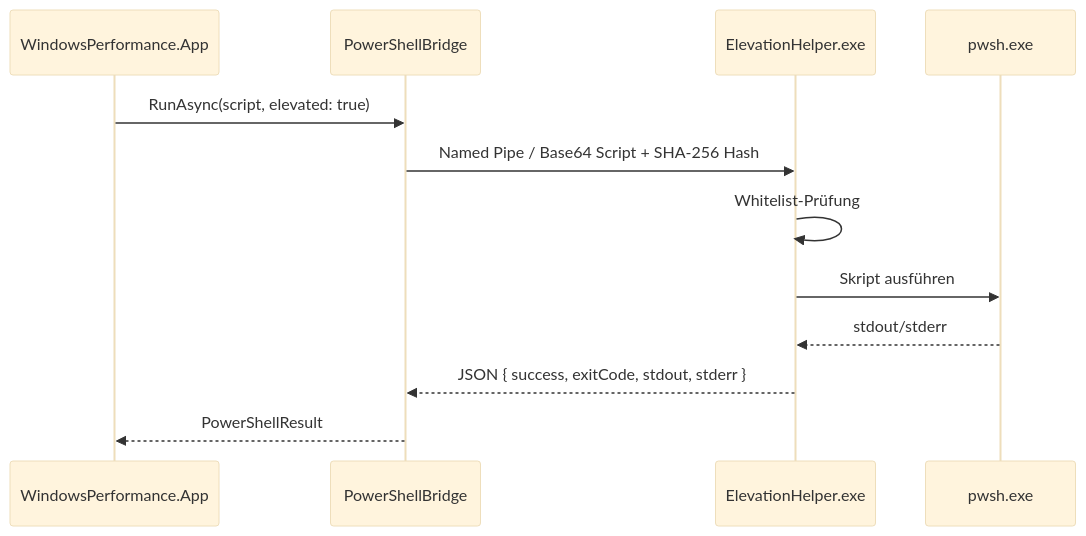
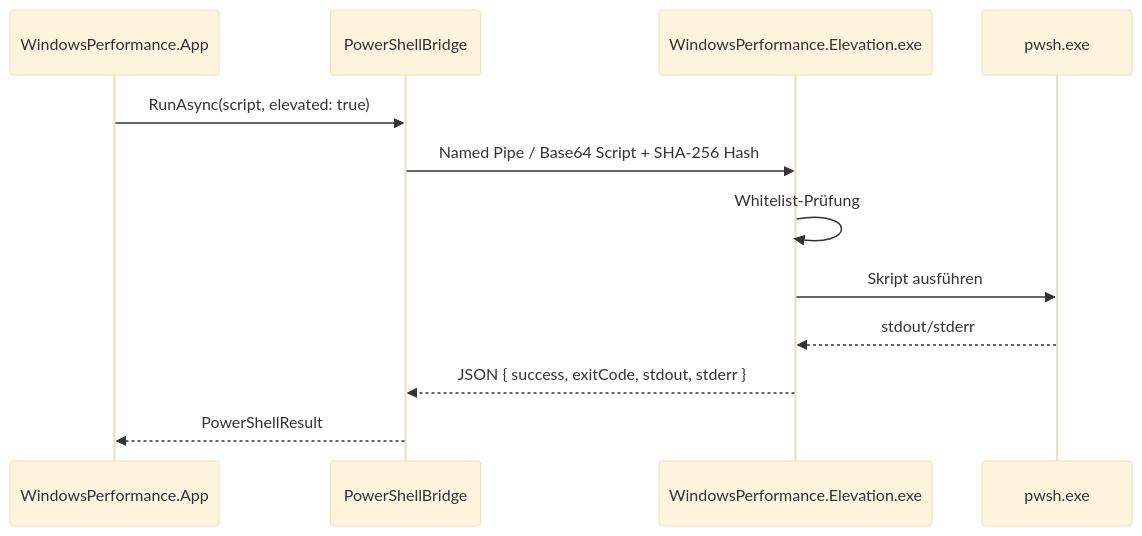
The second of 2 diagrams in docs/architecture.md (HorosCloudOfficial/HorosPulse), drawn with Mermaid (base theme) before and after one commit. The commit also changed other lines of this file and 15 other files, not shown here.

First line of the commit message:
Align docs with WindowsPerformance.Elevation.exe; ignore local SCRIPTS vaults.

````diff
--- a/docs/architecture.md
+++ b/docs/architecture.md
@@ -39,15 +49,15 @@
 ```mermaid
 sequenceDiagram
     participant App as WindowsPerformance.App
     participant Bridge as PowerShellBridge
-    participant Helper as ElevationHelper.exe
+    participant Helper as WindowsPerformance.Elevation.exe
     participant PS as pwsh.exe
 
     App->>Bridge: RunAsync(script, elevated: true)
     Bridge->>Helper: Named Pipe / Base64 Script + SHA-256 Hash
     Helper->>Helper: Whitelist-Prüfung
     Helper->>PS: Skript ausführen
     PS-->>Helper: stdout/stderr
     Helper-->>Bridge: JSON { success, exitCode, stdout, stderr }
     Bridge-->>App: PowerShellResult
 ```
````
